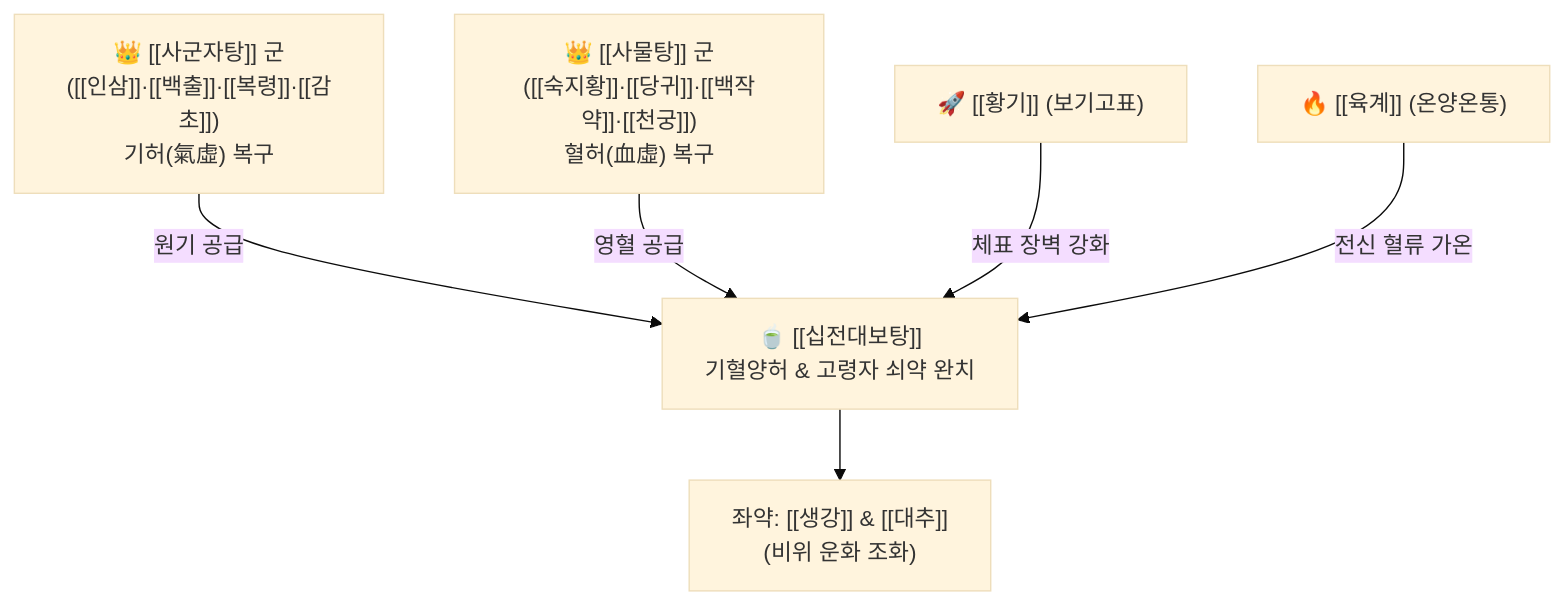
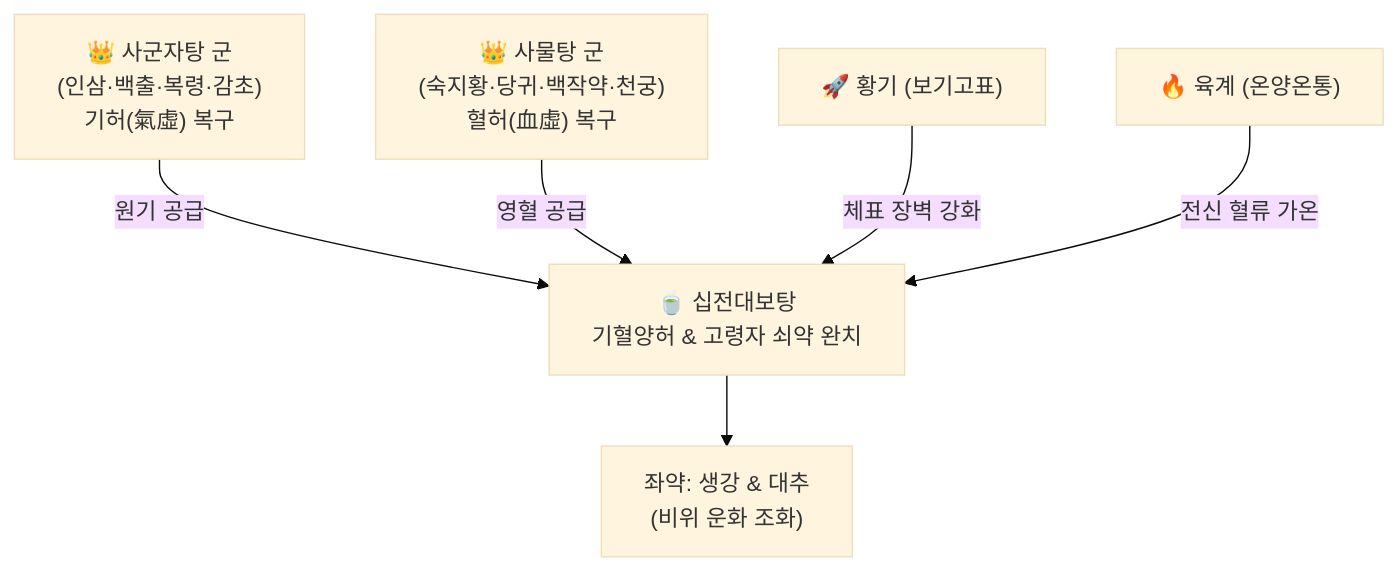
Before and after one commit to simbio11/simbio-digital-garden2: the diagram in content/2. 약리 공부/처방/02_보익제/십전대보탕.md, drawn with Mermaid (base theme). The commit also changed other lines of this file and 323 other files, not shown here.

````diff
--- a/content/2. 약리 공부/처방/02_보익제/십전대보탕.md
+++ b/content/2. 약리 공부/처방/02_보익제/십전대보탕.md
@@ -59,8 +61,8 @@
 ```mermaid
 graph TD
-    SJZ["👑 [[사군자탕]] 군<br>([[인삼]]·[[백출]]·[[복령]]·[[감초]])<br>기허(氣虛) 복구"] -->|원기 공급| TOTAL["🍵 [[십전대보탕]]<br>기혈양허 & 고령자 쇠약 완치"]
-    SMT["👑 [[사물탕]] 군<br>([[숙지황]]·[[당귀]]·[[백작약]]·[[천궁]])<br>혈허(血虛) 복구"] -->|영혈 공급| TOTAL
-    HQ["🚀 [[황기]] (보기고표)"] -->|체표 장벽 강화| TOTAL
-    YG["🔥 [[육계]] (온양온통)"] -->|전신 혈류 가온| TOTAL
-    TOTAL --> SGDZ["좌약: [[생강]] & [[대추]]<br>(비위 운화 조화)"]
+    SJZ["👑 사군자탕 군<br>(인삼·백출·복령·감초)<br>기허(氣虛) 복구"] -->|원기 공급| TOTAL["🍵 십전대보탕<br>기혈양허 & 고령자 쇠약 완치"]
+    SMT["👑 사물탕 군<br>(숙지황·당귀·백작약·천궁)<br>혈허(血虛) 복구"] -->|영혈 공급| TOTAL
+    HQ["🚀 황기 (보기고표)"] -->|체표 장벽 강화| TOTAL
+    YG["🔥 육계 (온양온통)"] -->|전신 혈류 가온| TOTAL
+    TOTAL --> SGDZ["좌약: 생강 & 대추<br>(비위 운화 조화)"]
 ```
````
